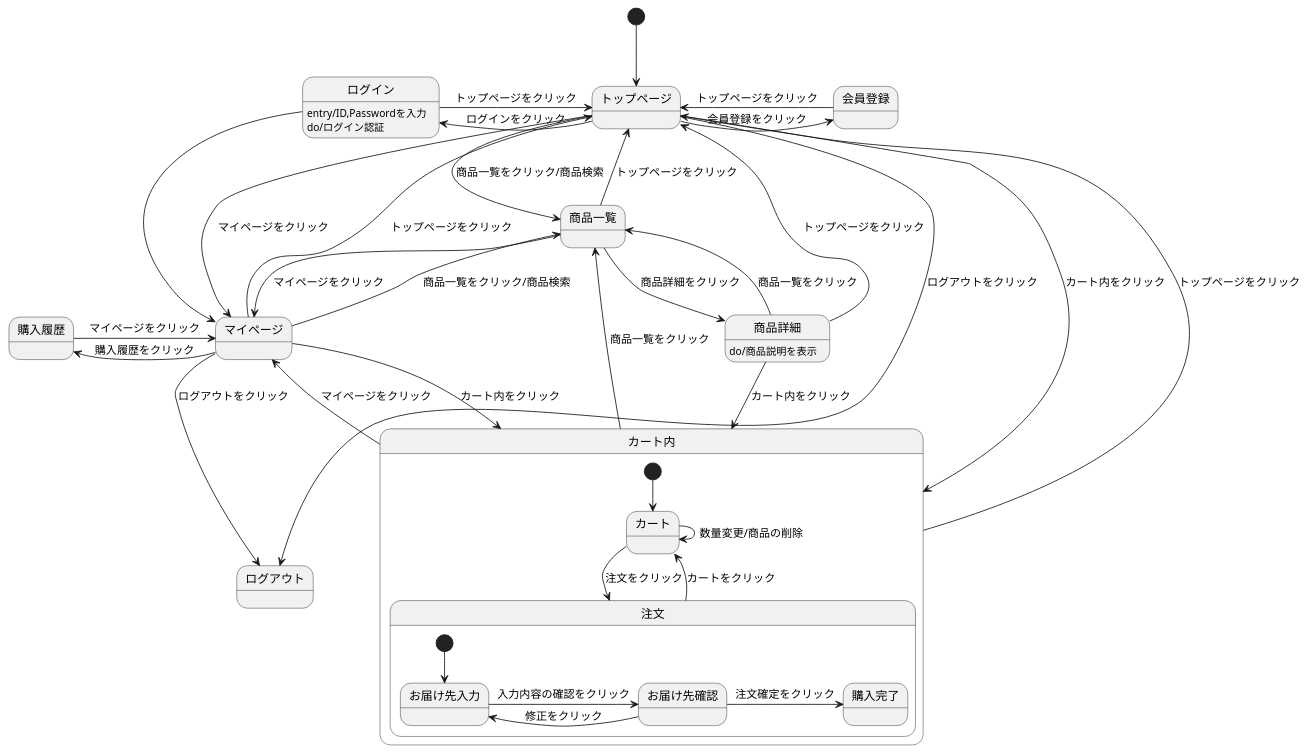
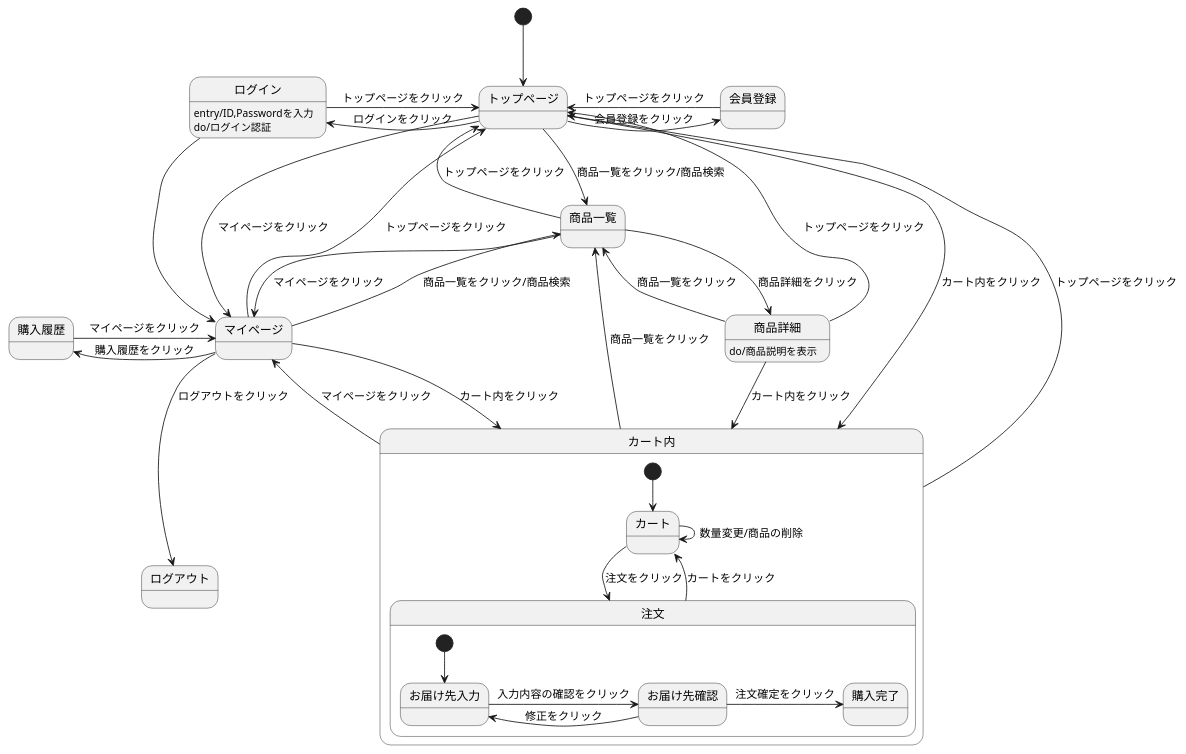
Before and after one commit to Aso2001163/2021sys-design-2: the diagram in Mypage(状態遷移図).md, drawn with PlantUML.

````diff
--- a/Mypage(状態遷移図).md
+++ b/Mypage(状態遷移図).md
@@ -1,45 +1,44 @@
 ```uml
 @startuml
 [*] --> トップページ
 トップページ -> 会員登録 : 会員登録をクリック
 会員登録 -> トップページ : トップページをクリック
 トップページ -left-> マイページ : マイページをクリック
 トップページ -left-> ログイン : ログインをクリック
 ログイン -> トップページ : トップページをクリック
 ログイン -down-> マイページ 
 ログイン:entry/ID,Passwordを入力
 ログイン:do/ログイン認証
 マイページ -> トップページ : トップページをクリック
 マイページ -down-> ログアウト : ログアウトをクリック
 マイページ -left-> 購入履歴 : 購入履歴をクリック
 マイページ -right-> 商品一覧 : 商品一覧をクリック/商品検索
 マイページ -down-> カート内 : カート内をクリック  
 購入履歴 -> マイページ : マイページをクリック
 トップページ --> 商品一覧 : 商品一覧をクリック/商品検索
 トップページ -> カート内 : カート内をクリック
-トップページ -> ログアウト : ログアウトをクリック
 商品一覧 -> トップページ : トップページをクリック
 商品一覧 -down-> マイページ : マイページをクリック
 商品一覧 -> 商品詳細 : 商品詳細をクリック  
 商品詳細:do/商品説明を表示
 商品詳細 -down-> 商品一覧 : 商品一覧をクリック
 商品詳細 -down-> カート内 : カート内をクリック
 商品詳細 -up-> トップページ : トップページをクリック
 カート内 -> 商品一覧 : 商品一覧をクリック
 カート内 -up-> トップページ : トップページをクリック
 カート内 -up-> マイページ : マイページをクリック   
 
 state カート内 {
   [*] --> カート
   カート -down-> 注文 : 注文をクリック
   カート -> カート : 数量変更/商品の削除
   注文 -down-> カート : カートをクリック
   state 注文 {
     [*] --> お届け先入力
     お届け先入力 -> お届け先確認 : 入力内容の確認をクリック
     お届け先確認 -> お届け先入力 : 修正をクリック
     お届け先確認 -> 購入完了 : 注文確定をクリック
     }
  }
 @enduml
 ```
````
